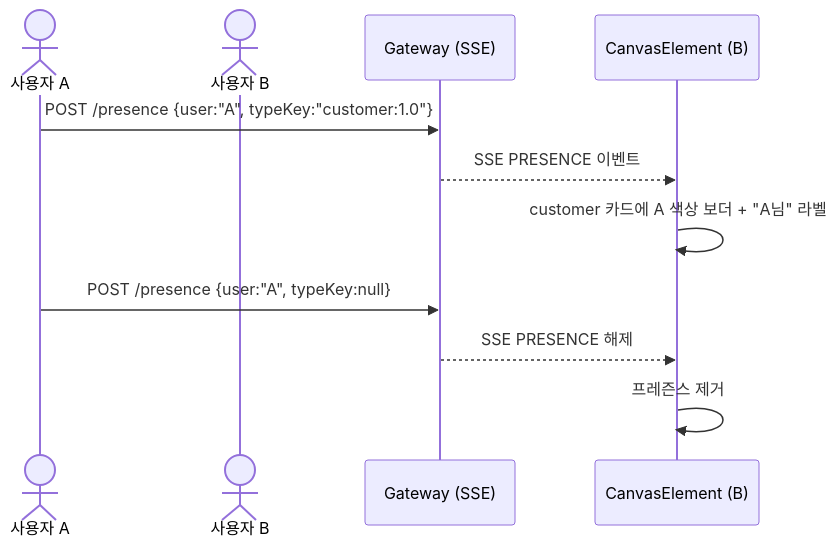
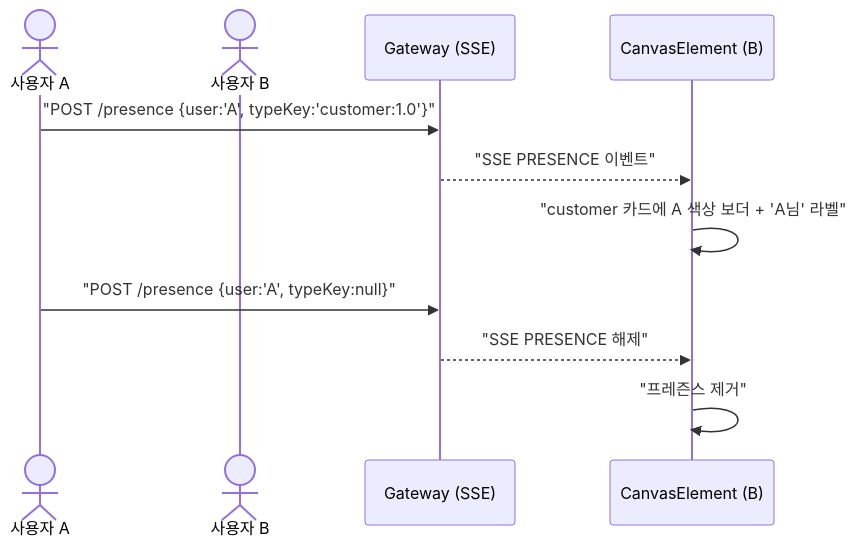
Diagram 12 of 13 in type-ui/USECASE.md (sayaya1090/handbook), drawn with Mermaid before and after one commit. The commit also changed other lines of this file and 22 other files, not shown here.

First line of the commit message:
docs: Mermaid 다이어그램 렌더링 오류 수정을 위한 구문 전수 교정

````diff
--- a/type-ui/USECASE.md
+++ b/type-ui/USECASE.md
@@ -509,15 +509,15 @@
 ```mermaid
 sequenceDiagram
     actor A as 사용자 A
     actor B as 사용자 B
     participant GW as Gateway (SSE)
     participant CanvasB as CanvasElement (B)
 
-    A->>GW: POST /presence {user:"A", typeKey:"customer:1.0"}
-    GW-->>CanvasB: SSE PRESENCE 이벤트
-    CanvasB->>CanvasB: customer 카드에 A 색상 보더 + "A님" 라벨
+    A->>GW: "POST /presence {user:'A', typeKey:'customer:1.0'}"
+    GW-->>CanvasB: "SSE PRESENCE 이벤트"
+    CanvasB->>CanvasB: "customer 카드에 A 색상 보더 + 'A님' 라벨"
 
-    A->>GW: POST /presence {user:"A", typeKey:null}
-    GW-->>CanvasB: SSE PRESENCE 해제
-    CanvasB->>CanvasB: 프레즌스 제거
+    A->>GW: "POST /presence {user:'A', typeKey:null}"
+    GW-->>CanvasB: "SSE PRESENCE 해제"
+    CanvasB->>CanvasB: "프레즌스 제거"
 ```
````
